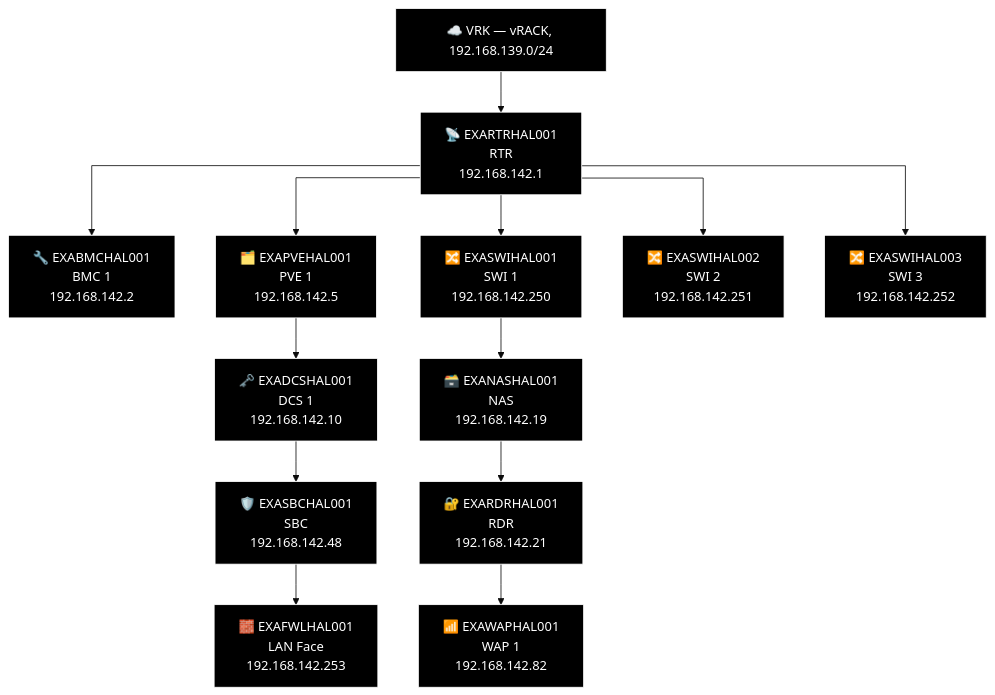
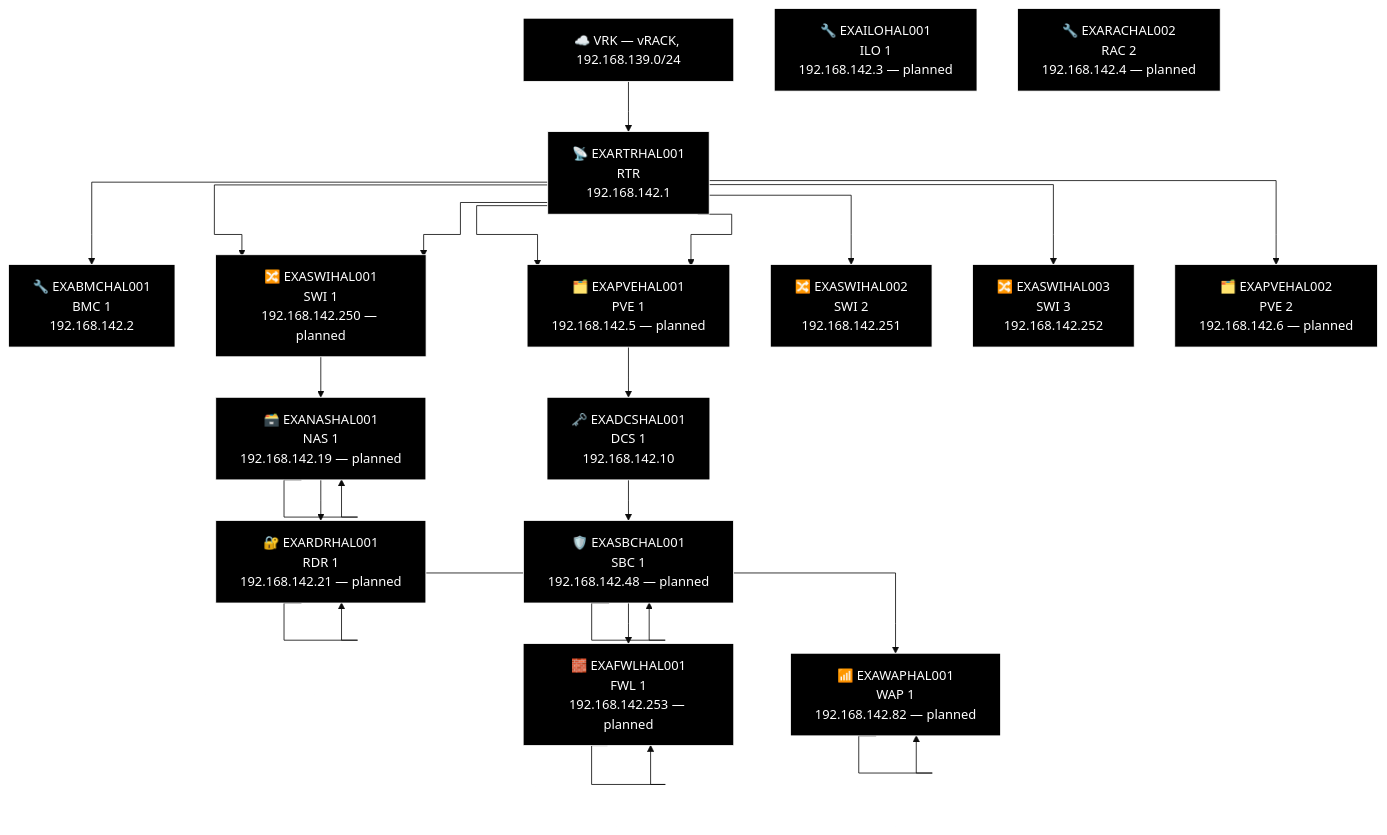
Before and after one commit to knightmare2600/example_music_infra: diagram 21 of 27 in docs/network-diagram/england.md, drawn with Mermaid (base theme). The commit also changed other lines of this file and 12 other files, not shown here.

````diff
--- a/docs/network-diagram/england.md
+++ b/docs/network-diagram/england.md
@@ -972,40 +1066,63 @@
 ```mermaid
 %% GENERATED:TOPOLOGY:HAL:START
 %%{init: {'flowchart': {'curve': 'stepAfter'}}}%%
 graph TD
     T_VRK["☁️ VRK — vRACK, 192.168.139.0/24"]
     T_RTR["📡 EXARTRHAL001<br/>RTR<br/>192.168.142.1"]
     T_VRK --> T_RTR
     T_BMC["🔧 EXABMCHAL001<br/>BMC 1<br/>192.168.142.2"]
     T_RTR --> T_BMC
     T_PVE["🗂️ EXAPVEHAL001<br/>PVE 1<br/>192.168.142.5"]
     T_RTR --> T_PVE
     T_SWI["🔀 EXASWIHAL001<br/>SWI 1<br/>192.168.142.250"]
     T_RTR --> T_SWI
     T_SWI2["🔀 EXASWIHAL002<br/>SWI 2<br/>192.168.142.251"]
     T_RTR --> T_SWI2
     T_SWI3["🔀 EXASWIHAL003<br/>SWI 3<br/>192.168.142.252"]
     T_RTR --> T_SWI3
+    T_SWI["🔀 EXASWIHAL001<br/>SWI 1<br/>192.168.142.250 — planned"]
+    T_RTR --> T_SWI
+    T_PVE["🗂️ EXAPVEHAL001<br/>PVE 1<br/>192.168.142.5 — planned"]
+    T_RTR --> T_PVE
+    T_PVE2["🗂️ EXAPVEHAL002<br/>PVE 2<br/>192.168.142.6 — planned"]
+    T_RTR --> T_PVE2
     T_NAS["🗃️ EXANASHAL001<br/>NAS<br/>192.168.142.19"]
+    T_NAS["🗃️ EXANASHAL001<br/>NAS 1<br/>192.168.142.19 — planned"]
     T_RDR["🔐 EXARDRHAL001<br/>RDR<br/>192.168.142.21"]
+    T_RDR["🔐 EXARDRHAL001<br/>RDR 1<br/>192.168.142.21 — planned"]
     T_WAP["📶 EXAWAPHAL001<br/>WAP 1<br/>192.168.142.82"]
-    T_SWI --> T_NAS --> T_RDR --> T_WAP
+    T_WAP["📶 EXAWAPHAL001<br/>WAP 1<br/>192.168.142.82 — planned"]
+    T_SWI --> T_NAS --> T_NAS --> T_RDR --> T_RDR --> T_WAP --> T_WAP
     T_DCS["🗝️ EXADCSHAL001<br/>DCS 1<br/>192.168.142.10"]
     T_SBC["🛡️ EXASBCHAL001<br/>SBC<br/>192.168.142.48"]
+    T_SBC["🛡️ EXASBCHAL001<br/>SBC 1<br/>192.168.142.48 — planned"]
     T_FWL["🧱 EXAFWLHAL001<br/>LAN Face<br/>192.168.142.253"]
-    T_PVE --> T_DCS --> T_SBC --> T_FWL
+    T_FWL["🧱 EXAFWLHAL001<br/>FWL 1<br/>192.168.142.253 — planned"]
+    T_PVE --> T_DCS --> T_SBC --> T_SBC --> T_FWL --> T_FWL
+    T_ILO["🔧 EXAILOHAL001<br/>ILO 1<br/>192.168.142.3 — planned"]
+    T_RAC["🔧 EXARACHAL002<br/>RAC 2<br/>192.168.142.4 — planned"]
     style T_VRK fill:#000000,stroke:#FFFFFF,color:#FFFFFF
     style T_RTR fill:#000000,stroke:#FFFFFF,color:#FFFFFF
     style T_BMC fill:#000000,stroke:#FFFFFF,color:#FFFFFF
     style T_PVE fill:#000000,stroke:#FFFFFF,color:#FFFFFF
     style T_SWI fill:#000000,stroke:#FFFFFF,color:#FFFFFF
     style T_SWI2 fill:#000000,stroke:#FFFFFF,color:#FFFFFF
     style T_SWI3 fill:#000000,stroke:#FFFFFF,color:#FFFFFF
+    style T_SWI fill:#000000,stroke:#FFFFFF,color:#FFFFFF
+    style T_PVE fill:#000000,stroke:#FFFFFF,color:#FFFFFF
+    style T_PVE2 fill:#000000,stroke:#FFFFFF,color:#FFFFFF
+    style T_NAS fill:#000000,stroke:#FFFFFF,color:#FFFFFF
     style T_NAS fill:#000000,stroke:#FFFFFF,color:#FFFFFF
     style T_RDR fill:#000000,stroke:#FFFFFF,color:#FFFFFF
+    style T_RDR fill:#000000,stroke:#FFFFFF,color:#FFFFFF
+    style T_WAP fill:#000000,stroke:#FFFFFF,color:#FFFFFF
     style T_WAP fill:#000000,stroke:#FFFFFF,color:#FFFFFF
     style T_DCS fill:#000000,stroke:#FFFFFF,color:#FFFFFF
     style T_SBC fill:#000000,stroke:#FFFFFF,color:#FFFFFF
+    style T_SBC fill:#000000,stroke:#FFFFFF,color:#FFFFFF
     style T_FWL fill:#000000,stroke:#FFFFFF,color:#FFFFFF
+    style T_FWL fill:#000000,stroke:#FFFFFF,color:#FFFFFF
+    style T_ILO fill:#000000,stroke:#FFFFFF,color:#FFFFFF
+    style T_RAC fill:#000000,stroke:#FFFFFF,color:#FFFFFF
 %% GENERATED:TOPOLOGY:HAL:END
 ```
````
